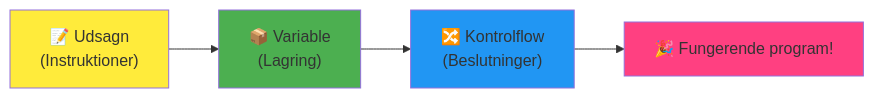
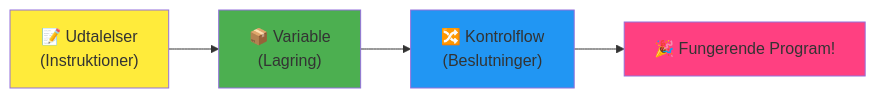
One commit to microsoft/Web-Dev-For-Beginners changed the fourth of 7 diagrams in translations/da/1-getting-started-lessons/1-intro-to-programming-languages/README.md. Above: the diagram before and after it, drawn with Mermaid. The commit also changed other lines of this file and 8 other files, not shown here.

````diff
--- a/translations/da/1-getting-started-lessons/1-intro-to-programming-languages/README.md
+++ b/translations/da/1-getting-started-lessons/1-intro-to-programming-languages/README.md
@@ -467,9 +467,9 @@
 ```mermaid
 flowchart LR
-    A["📝 Udsagn<br/>(Instruktioner)"] --> B["📦 Variable<br/>(Lagring)"] --> C["🔀 Kontrolflow<br/>(Beslutninger)"] --> D["🎉 Fungerende program!"]
+    A["📝 Udtalelser<br/>(Instruktioner)"] --> B["📦 Variable<br/>(Lagring)"] --> C["🔀 Kontrolflow<br/>(Beslutninger)"] --> D["🎉 Fungerende Program!"]
     
     style A fill:#ffeb3b
     style B fill:#4caf50
     style C fill:#2196f3
     style D fill:#ff4081
 ```
````
